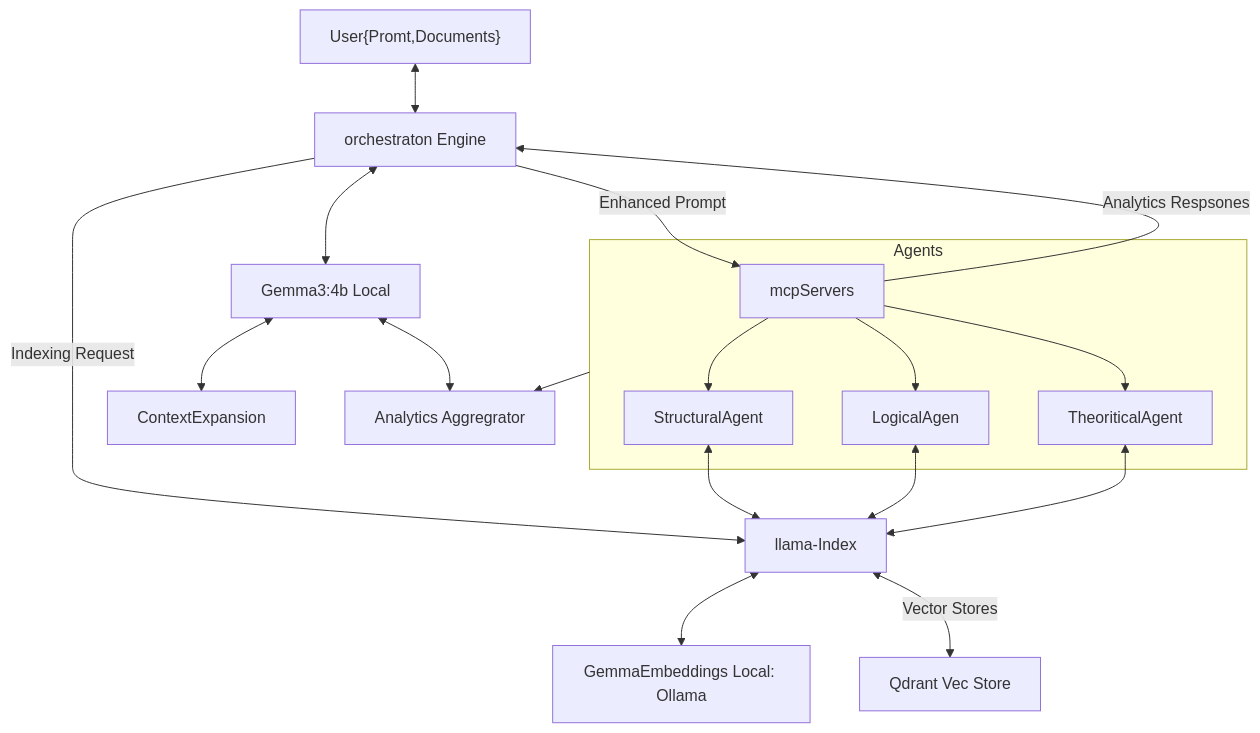
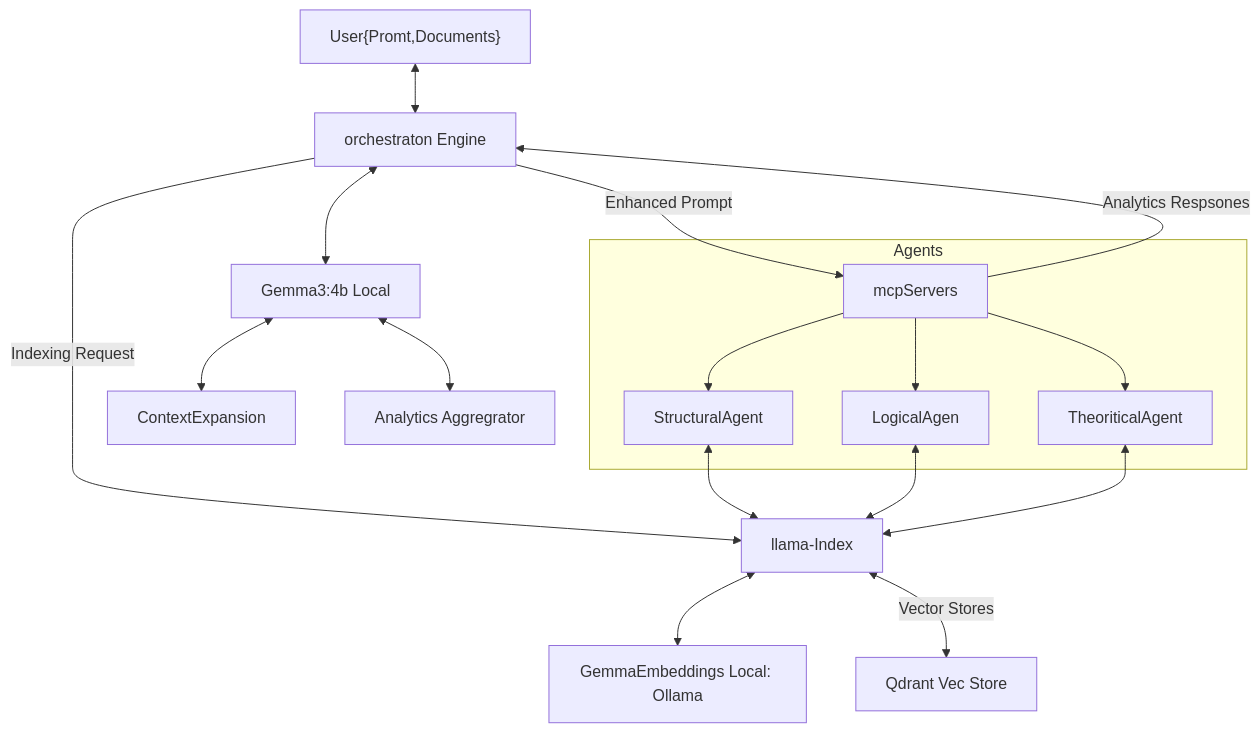
The second of 2 diagrams in README.md (yankeygilbert/FLaap), drawn with Mermaid before and after one commit.

Commit message:
added pipline stages

````diff
--- a/README.md
+++ b/README.md
@@ -58,25 +58,25 @@
 ```mermaid
 
     graph TD
 
     User["User{Promt,Documents}"] <--> orc["orchestraton Engine"]
     orc --> |Indexing Request|Indxing["llama-Index"]
     orc --> |Enhanced Prompt|Mcp["mcpServers"]
     Mcp --> |Analytics Respsones| orc
     orc <--> gemma["Gemma3:4b Local"]
     gemma <--> contxtExp["ContextExpansion"]
     gemma <--> Agg["Analytics Aggregrator"]
 
     subgraph Agents ["Agents"]
     Mcp --> struct["StructuralAgent"]
     Mcp --> log["LogicalAgen"]
     Mcp --> hypo["TheoriticalAgent"]
     end
 
     Indxing <-->Ollama["GemmaEmbeddings Local: Ollama"]
     Indxing <-->|Vector Stores| Qdrant["Qdrant Vec Store"]
     struct<--> Indxing
     log <--> Indxing
     hypo <--> Indxing
-    Agents -->  Agg
+
 ```
````
